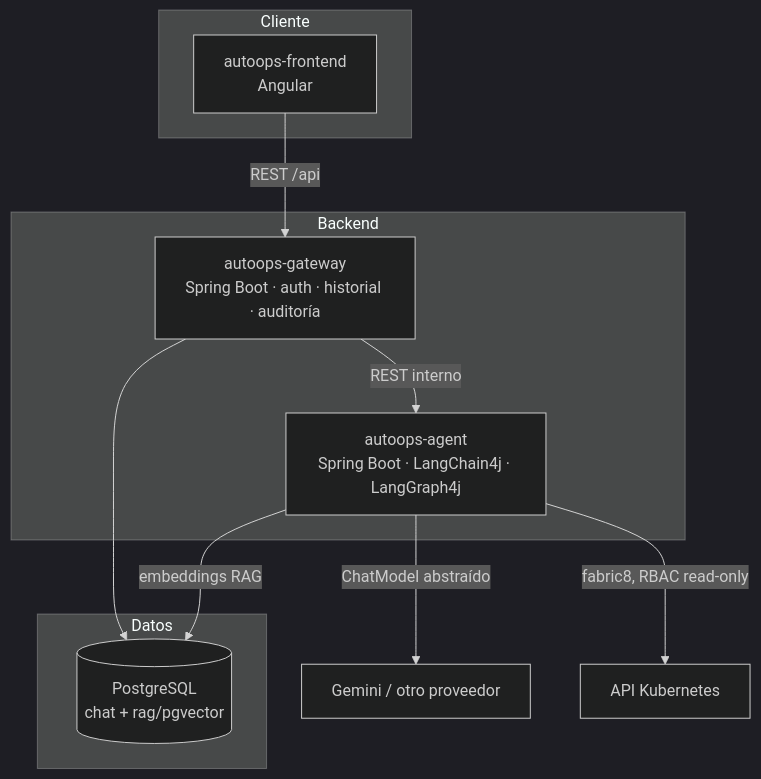
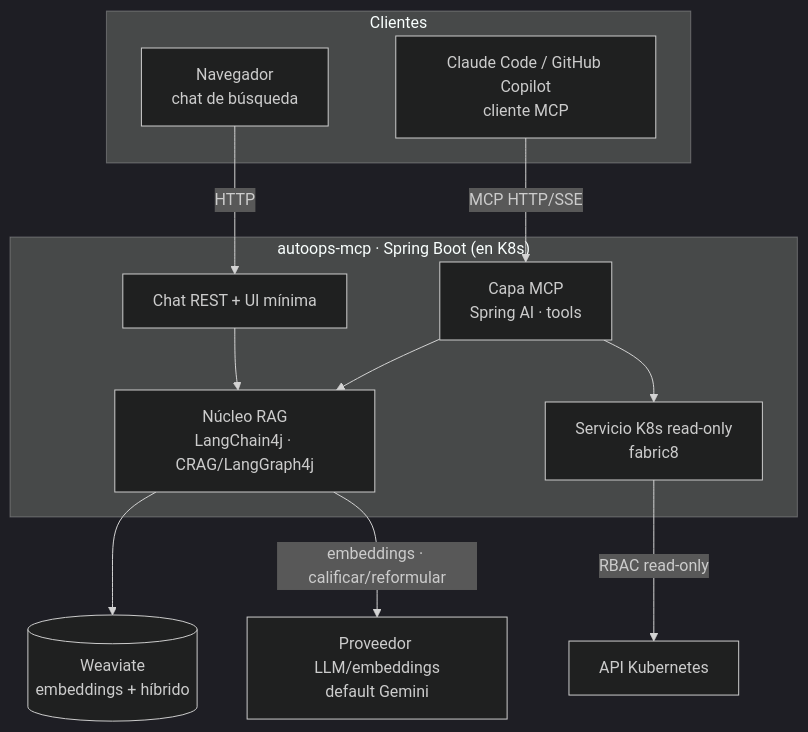
The diagram in docs/arquitectura/README.md (mikel0ne/ai-platform-portfolio), drawn with Mermaid (dark theme) before and after one commit. The commit also changed other lines of this file and 17 other files, not shown here.

Commit message:
docs(autoops): reframe the documentation from copilot to mcp server

````diff
--- a/docs/arquitectura/README.md
+++ b/docs/arquitectura/README.md
@@ -22,19 +29,25 @@
 ```mermaid
 flowchart TB
-    subgraph Cliente
-        FE[autoops-frontend<br/>Angular]
+    subgraph Clientes
+        CC[Claude Code / GitHub Copilot<br/>cliente MCP]
+        BR[Navegador<br/>chat de búsqueda]
     end
-    subgraph Backend
-        GW[autoops-gateway<br/>Spring Boot · auth · historial · auditoría]
-        AG[autoops-agent<br/>Spring Boot · LangChain4j · LangGraph4j]
+    subgraph App["autoops-mcp · Spring Boot (en K8s)"]
+        MCP[Capa MCP<br/>Spring AI · tools]
+        CHAT[Chat REST + UI mínima]
+        RAG[Núcleo RAG<br/>LangChain4j · CRAG/LangGraph4j]
+        K8S[Servicio K8s read-only<br/>fabric8]
     end
-    subgraph Datos
-        PG[(PostgreSQL<br/>chat + rag/pgvector)]
-    end
-    FE -->|REST /api| GW
-    GW -->|REST interno| AG
-    GW --> PG
-    AG -->|embeddings RAG| PG
-    AG -->|ChatModel abstraído| LLM[Gemini / otro proveedor]
-    AG -->|fabric8, RBAC read-only| K8S[API Kubernetes]
+    WV[(Weaviate<br/>embeddings + híbrido)]
+    KAPI[API Kubernetes]
+    LLM[Proveedor LLM/embeddings<br/>default Gemini]
+
+    CC -->|MCP HTTP/SSE| MCP
+    BR -->|HTTP| CHAT
+    MCP --> RAG
+    MCP --> K8S
+    CHAT --> RAG
+    RAG --> WV
+    RAG -->|embeddings · calificar/reformular| LLM
+    K8S -->|RBAC read-only| KAPI
 ```
````
